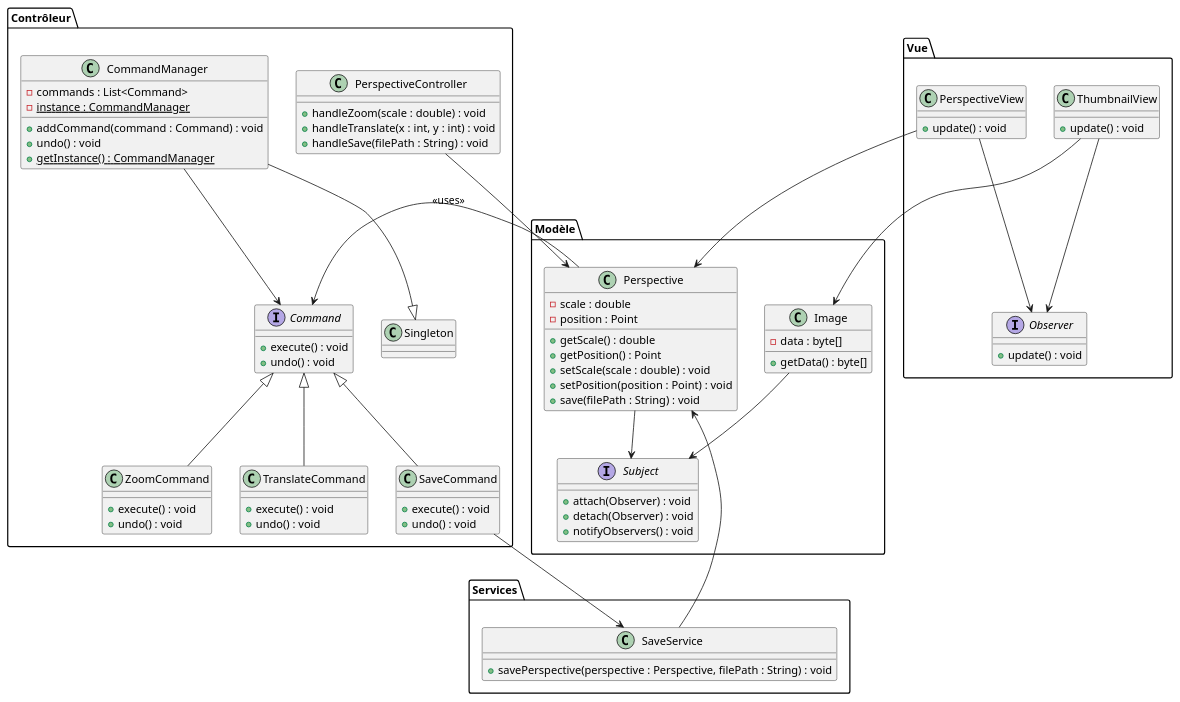
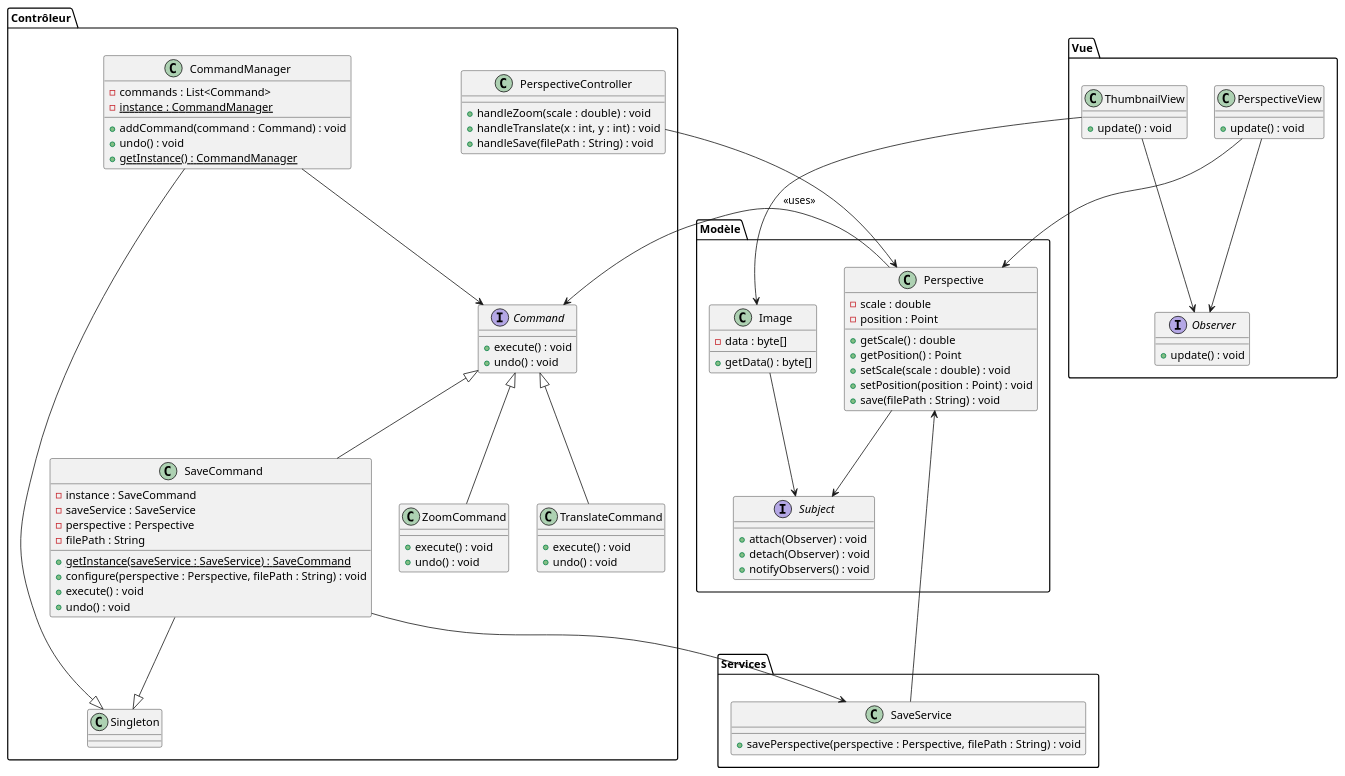
One commit to Apologieze/LAB5 changed the diagram in src/main/diagram.puml. Above: the diagram before and after it, drawn with PlantUML.

Commit message:
Update diagram.puml singleton

```diff
--- a/src/main/diagram.puml
+++ b/src/main/diagram.puml
@@ -1,112 +1,112 @@
 @startuml
 ' Define main packages for MVC structure
 package "Modèle" {
-    ' Classes in the model
     class Image {
         - data : byte[]
         + getData() : byte[]
     }
 
     class Perspective {
         - scale : double
         - position : Point
         + getScale() : double
         + getPosition() : Point
         + setScale(scale : double) : void
         + setPosition(position : Point) : void
         + save(filePath : String) : void
     }
 
-    ' Observer pattern for model update notification
     interface Subject {
         + attach(Observer) : void
         + detach(Observer) : void
         + notifyObservers() : void
     }
 
-    ' Image and Perspective are separate subjects in Observer pattern
     Image --> Subject
     Perspective --> Subject
 }
 
 package "Services" {
-    ' Service for saving perspectives to a file
     class SaveService {
         + savePerspective(perspective : Perspective, filePath : String) : void
     }
 }
 
 package "Vue" {
-    ' Classes in the view
     interface Observer {
         + update() : void
     }
 
     class ThumbnailView {
         + update() : void
     }
 
     class PerspectiveView {
         + update() : void
     }
 
     ThumbnailView --> Observer
     PerspectiveView --> Observer
 }
 
 package "Contrôleur" {
-    ' Command pattern for undoable operations
     interface Command {
         + execute() : void
         + undo() : void
     }
 
-    ' Specific commands for zoom and translation
     class ZoomCommand {
         + execute() : void
         + undo() : void
     }
 
     class TranslateCommand {
         + execute() : void
         + undo() : void
     }
 
     Command <|-- ZoomCommand
     Command <|-- TranslateCommand
 
-    ' Command for saving a perspective
+    ' Singleton implementation for SaveCommand
     class SaveCommand {
+        - instance : SaveCommand
+        - saveService : SaveService
+        - perspective : Perspective
+        - filePath : String
+        {static} + getInstance(saveService : SaveService) : SaveCommand
+        + configure(perspective : Perspective, filePath : String) : void
         + execute() : void
         + undo() : void
     }
 
     Command <|-- SaveCommand
+    SaveCommand --|> Singleton
 
-    ' Singleton pattern for command history management
     class CommandManager {
         - commands : List<Command>
         + addCommand(command : Command) : void
         + undo() : void
         {static} - instance : CommandManager
         {static} + getInstance() : CommandManager
     }
 
+    CommandManager --> Command
+    CommandManager --|> Singleton
+
     class PerspectiveController {
         + handleZoom(scale : double) : void
         + handleTranslate(x : int, y : int) : void
         + handleSave(filePath : String) : void
     }
 
-    CommandManager --> Command
-    CommandManager --|> Singleton
+    PerspectiveController --> Perspective
+    SaveCommand --> SaveService
 }
 
 ' Relationships between model, view, and controller
 Perspective --> Command : <<uses>>
 ThumbnailView --> Image
 PerspectiveView --> Perspective
-PerspectiveController --> Perspective
 SaveService --> Perspective
-SaveCommand --> SaveService
 @enduml
```
